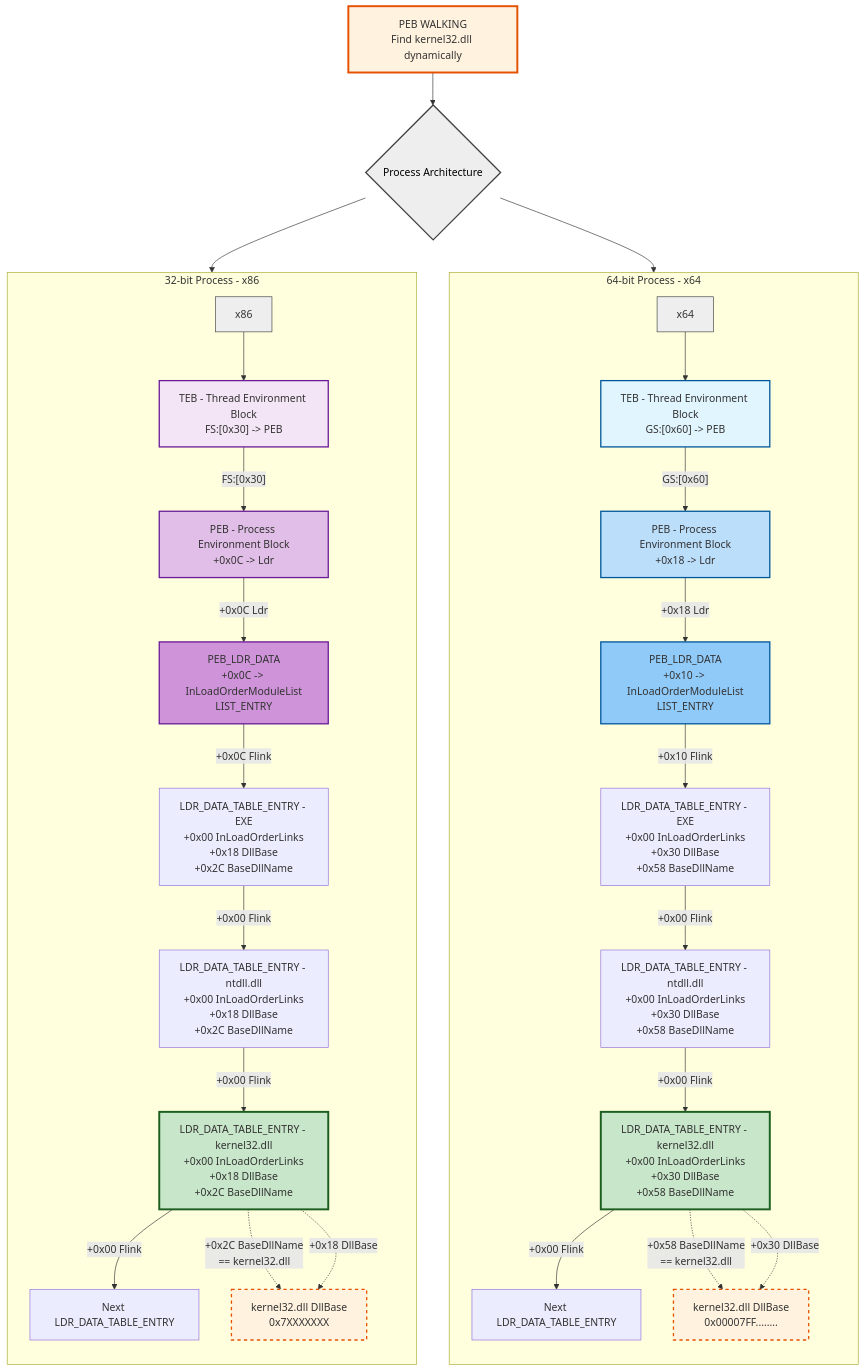
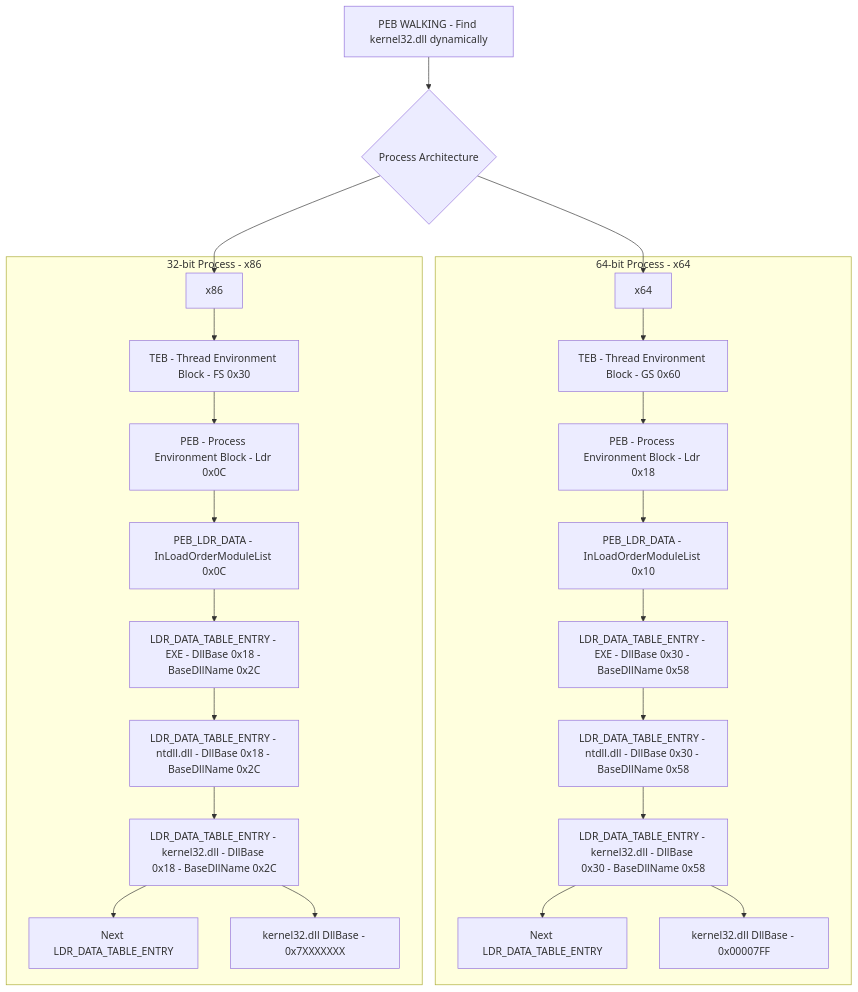
The second of 2 diagrams in content/Mitre Attack/Resource Development TA0042/Develop Capabilities T1587/Exploit/ShellCode/Windows x64 Assembly.md (adolfcna/ATTvDEF), drawn with Mermaid before and after one commit.

Commit message:
vault backup: 2026-10-06 22:53:14

````diff
--- a/content/Mitre Attack/Resource Development TA0042/Develop Capabilities T1587/Exploit/ShellCode/Windows x64 Assembly.md
+++ b/content/Mitre Attack/Resource Development TA0042/Develop Capabilities T1587/Exploit/ShellCode/Windows x64 Assembly.md
@@ -162,108 +162,62 @@
 ```mermaid
 flowchart TD
 
-    START["PEB WALKING<br/>Find kernel32.dll dynamically"]
-    ARCH{"Process Architecture"}
+START["PEB WALKING - Find kernel32.dll dynamically"]
+ARCH{"Process Architecture"}
 
-    START --> ARCH
-    ARCH --> X64_ENTRY
-    ARCH --> X86_ENTRY
+START --> ARCH
+ARCH --> X64_START
+ARCH --> X86_START
 
-    %% =========================
-    %% X64
-    %% =========================
+subgraph X64["64-bit Process - x64"]
 
-    subgraph X64["64-bit Process - x64"]
-        direction TB
+X64_START["x64"]
 
-        X64_ENTRY["x64"]
+TEB64["TEB - Thread Environment Block - GS 0x60"]
+PEB64["PEB - Process Environment Block - Ldr 0x18"]
+LDR64["PEB_LDR_DATA - InLoadOrderModuleList 0x10"]
 
-        TEB64["TEB - Thread Environment Block<br/>GS:[0x60] -> PEB"]
+EXE64["LDR_DATA_TABLE_ENTRY - EXE - DllBase 0x30 - BaseDllName 0x58"]
+NTDLL64["LDR_DATA_TABLE_ENTRY - ntdll.dll - DllBase 0x30 - BaseDllName 0x58"]
+K3264["LDR_DATA_TABLE_ENTRY - kernel32.dll - DllBase 0x30 - BaseDllName 0x58"]
 
-        PEB64["PEB - Process Environment Block<br/>+0x18 -> Ldr"]
+NEXT64["Next LDR_DATA_TABLE_ENTRY"]
+BASE64["kernel32.dll DllBase - 0x00007FF"]
 
-        LDR64["PEB_LDR_DATA<br/>+0x10 -> InLoadOrderModuleList<br/>LIST_ENTRY"]
+X64_START --> TEB64
+TEB64 --> PEB64
+PEB64 --> LDR64
+LDR64 --> EXE64
+EXE64 --> NTDLL64
+NTDLL64 --> K3264
+K3264 --> NEXT64
+K3264 --> BASE64
 
-        EXE64["LDR_DATA_TABLE_ENTRY - EXE<br/>+0x00 InLoadOrderLinks<br/>+0x30 DllBase<br/>+0x58 BaseDllName"]
+end
 
-        NTDLL64["LDR_DATA_TABLE_ENTRY - ntdll.dll<br/>+0x00 InLoadOrderLinks<br/>+0x30 DllBase<br/>+0x58 BaseDllName"]
+subgraph X86["32-bit Process - x86"]
 
-        K3264["LDR_DATA_TABLE_ENTRY - kernel32.dll<br/>+0x00 InLoadOrderLinks<br/>+0x30 DllBase<br/>+0x58 BaseDllName"]
+X86_START["x86"]
 
-        NEXT64["Next LDR_DATA_TABLE_ENTRY"]
+TEB32["TEB - Thread Environment Block - FS 0x30"]
+PEB32["PEB - Process Environment Block - Ldr 0x0C"]
+LDR32["PEB_LDR_DATA - InLoadOrderModuleList 0x0C"]
 
-        BASE64["kernel32.dll DllBase<br/>0x00007FF........"]
+EXE32["LDR_DATA_TABLE_ENTRY - EXE - DllBase 0x18 - BaseDllName 0x2C"]
+NTDLL32["LDR_DATA_TABLE_ENTRY - ntdll.dll - DllBase 0x18 - BaseDllName 0x2C"]
+K3232["LDR_DATA_TABLE_ENTRY - kernel32.dll - DllBase 0x18 - BaseDllName 0x2C"]
 
-        X64_ENTRY --> TEB64
-        TEB64 -->|"GS:[0x60]"| PEB64
-        PEB64 -->|"+0x18 Ldr"| LDR64
+NEXT32["Next LDR_DATA_TABLE_ENTRY"]
+BASE32["kernel32.dll DllBase - 0x7XXXXXXX"]
 
-        LDR64 -->|"+0x10 Flink"| EXE64
-        EXE64 -->|"+0x00 Flink"| NTDLL64
-        NTDLL64 -->|"+0x00 Flink"| K3264
-        K3264 -->|"+0x00 Flink"| NEXT64
+X86_START --> TEB32
+TEB32 --> PEB32
+PEB32 --> LDR32
+LDR32 --> EXE32
+EXE32 --> NTDLL32
+NTDLL32 --> K3232
+K3232 --> NEXT32
+K3232 --> BASE32
 
-        K3264 -.->|"+0x58 BaseDllName<br/>== kernel32.dll"| BASE64
-        K3264 -.->|"+0x30 DllBase"| BASE64
-    end
-
-    %% =========================
-    %% X86
-    %% =========================
-
-    subgraph X86["32-bit Process - x86"]
-        direction TB
-
-        X86_ENTRY["x86"]
-
-        TEB32["TEB - Thread Environment Block<br/>FS:[0x30] -> PEB"]
-
-        PEB32["PEB - Process Environment Block<br/>+0x0C -> Ldr"]
-
-        LDR32["PEB_LDR_DATA<br/>+0x0C -> InLoadOrderModuleList<br/>LIST_ENTRY"]
-
-        EXE32["LDR_DATA_TABLE_ENTRY - EXE<br/>+0x00 InLoadOrderLinks<br/>+0x18 DllBase<br/>+0x2C BaseDllName"]
-
-        NTDLL32["LDR_DATA_TABLE_ENTRY - ntdll.dll<br/>+0x00 InLoadOrderLinks<br/>+0x18 DllBase<br/>+0x2C BaseDllName"]
-
-        K3232["LDR_DATA_TABLE_ENTRY - kernel32.dll<br/>+0x00 InLoadOrderLinks<br/>+0x18 DllBase<br/>+0x2C BaseDllName"]
-
-        NEXT32["Next LDR_DATA_TABLE_ENTRY"]
-
-        BASE32["kernel32.dll DllBase<br/>0x7XXXXXXX"]
-
-        X86_ENTRY --> TEB32
-        TEB32 -->|"FS:[0x30]"| PEB32
-        PEB32 -->|"+0x0C Ldr"| LDR32
-
-        LDR32 -->|"+0x0C Flink"| EXE32
-        EXE32 -->|"+0x00 Flink"| NTDLL32
-        NTDLL32 -->|"+0x00 Flink"| K3232
-        K3232 -->|"+0x00 Flink"| NEXT32
-
-        K3232 -.->|"+0x2C BaseDllName<br/>== kernel32.dll"| BASE32
-        K3232 -.->|"+0x18 DllBase"| BASE32
-    end
-
-    %% =========================
-    %% Styling
-    %% =========================
-
-    style START fill:#fff3e0,stroke:#e65100,stroke-width:3px
-    style ARCH fill:#eeeeee,stroke:#424242,stroke-width:2px,color:#000
-
-    style X64_ENTRY fill:#eeeeee,stroke:#424242,stroke-width:1px
-    style X86_ENTRY fill:#eeeeee,stroke:#424242,stroke-width:1px
-
-    style TEB64 fill:#e1f5fe,stroke:#01579b,stroke-width:2px
-    style PEB64 fill:#bbdefb,stroke:#01579b,stroke-width:2px
-    style LDR64 fill:#90caf9,stroke:#01579b,stroke-width:2px
-    style K3264 fill:#c8e6c9,stroke:#1b5e20,stroke-width:3px
-    style BASE64 fill:#fff3e0,stroke:#e65100,stroke-width:2px,stroke-dasharray:5 5
-
-    style TEB32 fill:#f3e5f5,stroke:#6a1b9a,stroke-width:2px
-    style PEB32 fill:#e1bee7,stroke:#6a1b9a,stroke-width:2px
-    style LDR32 fill:#ce93d8,stroke:#6a1b9a,stroke-width:2px
-    style K3232 fill:#c8e6c9,stroke:#1b5e20,stroke-width:3px
-    style BASE32 fill:#fff3e0,stroke:#e65100,stroke-width:2px,stroke-dasharray:5 5
+end
 ```
````
